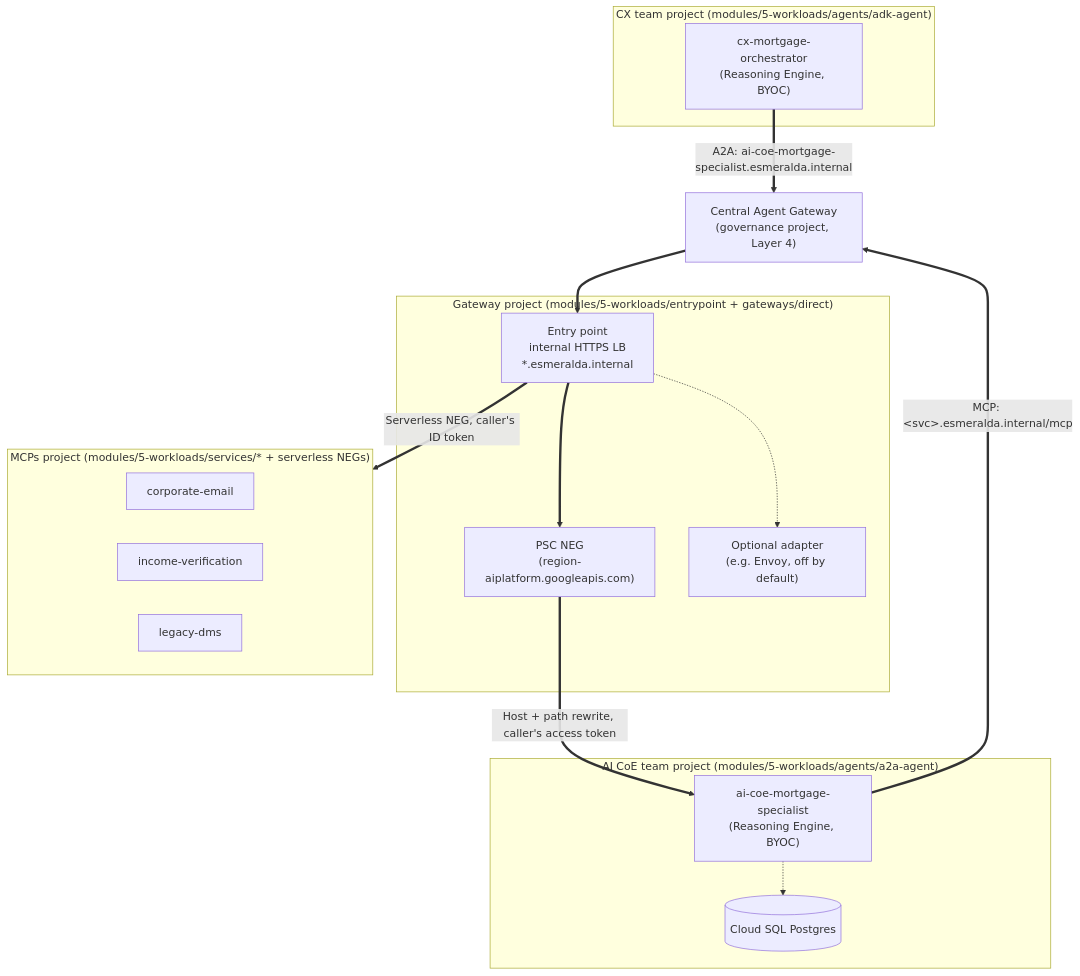
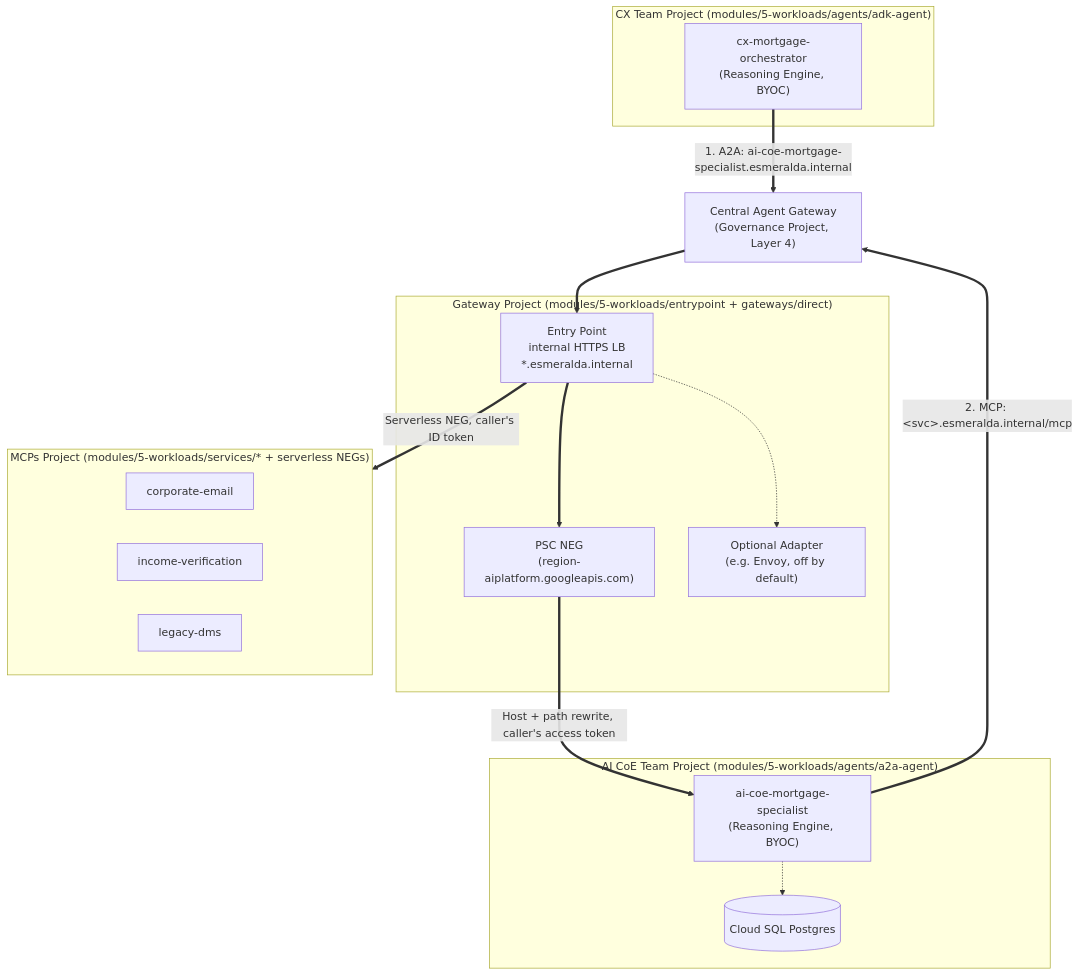
Before and after one commit to google/esmeralda: the diagram in docs/src/2-workloads-and-catalog/index.md, drawn with Mermaid. The commit also changed other lines of this file and 19 other files, not shown here.

````diff
--- a/docs/src/2-workloads-and-catalog/index.md
+++ b/docs/src/2-workloads-and-catalog/index.md
@@ -61,34 +24,34 @@
 ```mermaid
 flowchart TB
-    subgraph CX["CX team project (modules/5-workloads/agents/adk-agent)"]
+    subgraph CX["CX Team Project (modules/5-workloads/agents/adk-agent)"]
         Orch["cx-mortgage-orchestrator<br/>(Reasoning Engine, BYOC)"]
     end
 
-    AGW["Central Agent Gateway<br/>(governance project, Layer 4)"]
+    AGW["Central Agent Gateway<br/>(Governance Project, Layer 4)"]
 
-    subgraph Gateway["Gateway project (modules/5-workloads/entrypoint + gateways/direct)"]
-        EP["Entry point<br/>internal HTTPS LB<br/>*.esmeralda.internal"]
+    subgraph Gateway["Gateway Project (modules/5-workloads/entrypoint + gateways/direct)"]
+        EP["Entry Point<br/>internal HTTPS LB<br/>*.esmeralda.internal"]
         PSC["PSC NEG<br/>(region-aiplatform.googleapis.com)"]
-        Adapter["Optional adapter<br/>(e.g. Envoy, off by default)"]
+        Adapter["Optional Adapter<br/>(e.g. Envoy, off by default)"]
         EP ==> PSC
         EP -.-> Adapter
     end
 
-    subgraph CoE["AI CoE team project (modules/5-workloads/agents/a2a-agent)"]
+    subgraph CoE["AI CoE Team Project (modules/5-workloads/agents/a2a-agent)"]
         Spec["ai-coe-mortgage-specialist<br/>(Reasoning Engine, BYOC)"]
         DB[(Cloud SQL Postgres)]
         Spec -.-> DB
     end
 
-    subgraph MCPServers["MCPs project (modules/5-workloads/services/* + serverless NEGs)"]
+    subgraph MCPServers["MCPs Project (modules/5-workloads/services/* + serverless NEGs)"]
         M1["corporate-email"]
         M2["income-verification"]
         M3["legacy-dms"]
     end
 
-    Orch ==>|"A2A: ai-coe-mortgage-specialist.esmeralda.internal"| AGW
-    Spec ==>|"MCP: #60;svc#62;.esmeralda.internal/mcp"| AGW
+    Orch ==>|"1. A2A: ai-coe-mortgage-specialist.esmeralda.internal"| AGW
+    Spec ==>|"2. MCP: #60;svc#62;.esmeralda.internal/mcp"| AGW
     AGW ==> EP
     PSC ==>|"Host + path rewrite, caller's access token"| Spec
     EP ==>|"Serverless NEG, caller's ID token"| MCPServers
 ```
````
